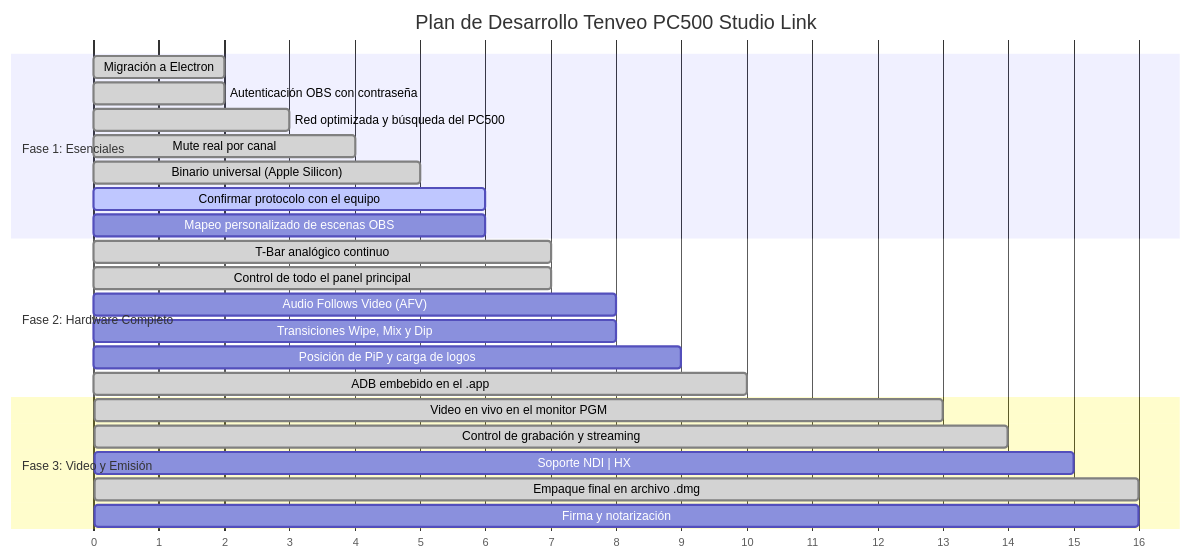
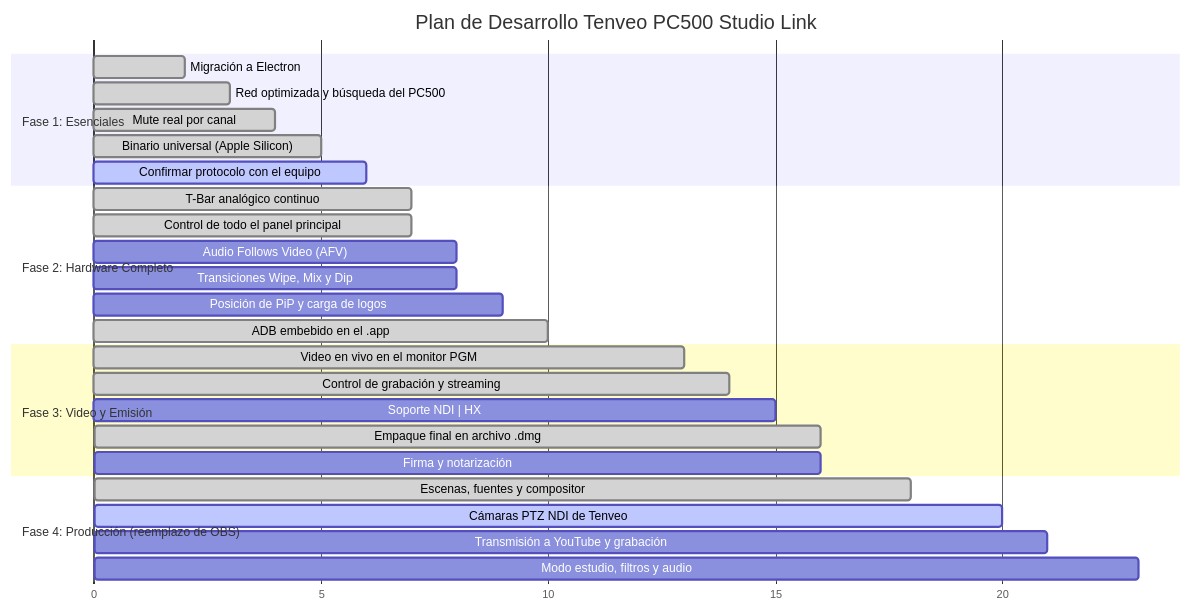
Before and after one commit to ThePunisherBaby/VeController: the diagram in PENDIENTES.md, drawn with Mermaid. The commit also changed other lines of this file and 45 other files, not shown here.

First line of the commit message:
Tenveo Studio 1.6.0: estudio de producción en lugar de OBS

````diff
--- a/PENDIENTES.md
+++ b/PENDIENTES.md
@@ -115,30 +121,34 @@
 ```mermaid
 gantt
     title Plan de Desarrollo Tenveo PC500 Studio Link
     dateFormat  X
     axisFormat %s
 
     section Fase 1: Esenciales
     Migración a Electron                    :done, p0, 0, 2
-    Autenticación OBS con contraseña        :done, p1, 0, 2
     Red optimizada y búsqueda del PC500     :done, p1b, 1, 3
     Mute real por canal                     :done, p3, 2, 4
     Binario universal (Apple Silicon)       :done, p4, 3, 5
     Confirmar protocolo con el equipo       :active, p4b, 3, 6
-    Mapeo personalizado de escenas OBS     :p2, 4, 6
 
     section Fase 2: Hardware Completo
     T-Bar analógico continuo                :done, p5, 4, 7
     Control de todo el panel principal      :done, p5c, 4, 7
     Audio Follows Video (AFV)               :p5b, 5, 8
     Transiciones Wipe, Mix y Dip            :p6, 5, 8
     Posición de PiP y carga de logos        :p7, 6, 9
     ADB embebido en el .app                 :done, p8, 7, 10
 
     section Fase 3: Video y Emisión
     Video en vivo en el monitor PGM         :done, p9, 9, 13
     Control de grabación y streaming        :done, p10, 11, 14
     Soporte NDI | HX                        :p11, 12, 15
     Empaque final en archivo .dmg           :done, p12, 14, 16
     Firma y notarización                    :p13, 14, 16
+
+    section Fase 4: Producción (reemplazo de OBS)
+    Escenas, fuentes y compositor           :done, p14, 16, 18
+    Cámaras PTZ NDI de Tenveo               :active, p15, 18, 20
+    Transmisión a YouTube y grabación       :p16, 18, 21
+    Modo estudio, filtros y audio           :p17, 20, 23
 ```
````
